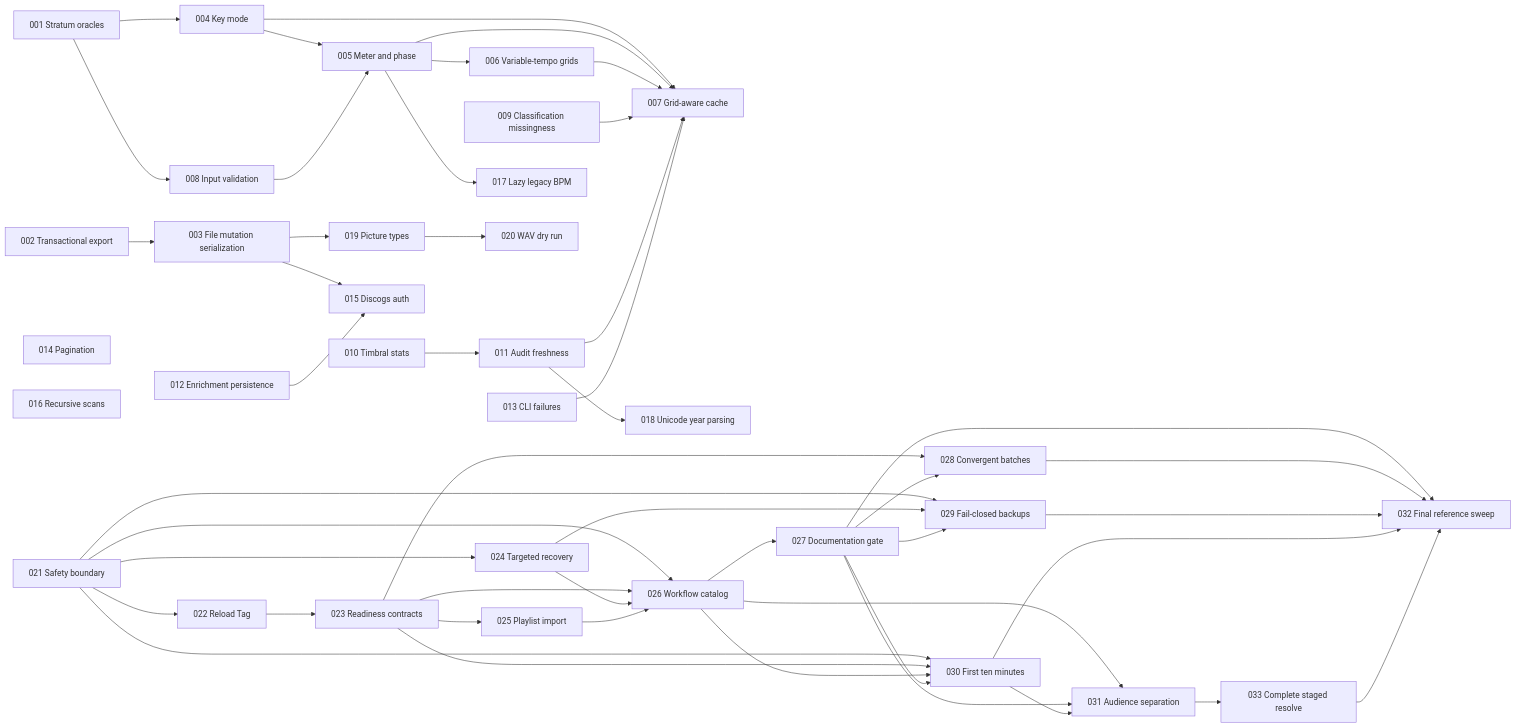
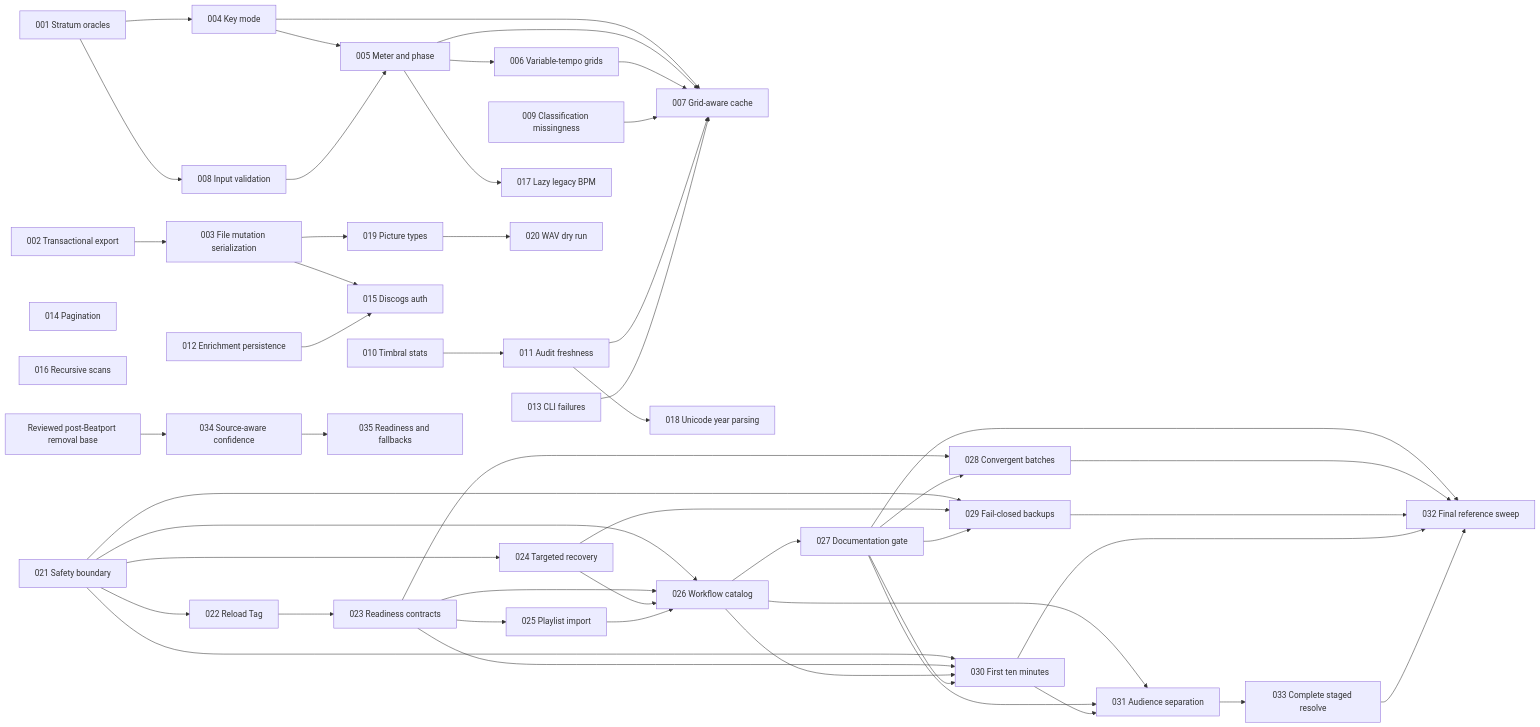
One commit to ryan-voitiskis/reklawdbox changed the diagram in plans/README.md. Above: the diagram before and after it, drawn with Mermaid. The commit also changed other lines of this file and 75 other files, not shown here.

````diff
--- a/plans/README.md
+++ b/plans/README.md
@@ -121,56 +150,59 @@
 ```mermaid
 flowchart LR
     P001["001 Stratum oracles"] --> P004["004 Key mode"]
     P004 --> P005["005 Meter and phase"]
     P008["008 Input validation"] --> P005
     P005 --> P006["006 Variable-tempo grids"]
     P004 --> P007["007 Grid-aware cache"]
     P005 --> P007
     P006 --> P007
     P009["009 Classification missingness"] --> P007
     P010["010 Timbral stats"] --> P011["011 Audit freshness"]
     P011 --> P007
     P013["013 CLI failures"] --> P007
 
     P001 --> P008
     P005 --> P017["017 Lazy legacy BPM"]
 
     P002["002 Transactional export"] --> P003["003 File mutation serialization"]
     P003 --> P019["019 Picture types"]
     P019 --> P020["020 WAV dry run"]
 
     P011 --> P018["018 Unicode year parsing"]
     P003 --> P015["015 Discogs auth"]
     P012["012 Enrichment persistence"] --> P015
 
     P014["014 Pagination"]
     P016["016 Recursive scans"]
 
     P021["021 Safety boundary"] --> P022["022 Reload Tag"]
     P021 --> P024["024 Targeted recovery"]
     P022 --> P023["023 Readiness contracts"]
     P023 --> P025["025 Playlist import"]
     P021 --> P026["026 Workflow catalog"]
     P023 --> P026
     P024 --> P026
     P025 --> P026
     P026 --> P027["027 Documentation gate"]
     P023 --> P028["028 Convergent batches"]
     P027 --> P028
     P021 --> P029["029 Fail-closed backups"]
     P024 --> P029
     P027 --> P029
     P021 --> P030["030 First ten minutes"]
     P023 --> P030
     P026 --> P030
     P027 --> P030
     P026 --> P031["031 Audience separation"]
     P027 --> P031
     P030 --> P031
     P027 --> P032["032 Final reference sweep"]
     P028 --> P032
     P029 --> P032
     P030 --> P032
     P031 --> P033["033 Complete staged resolve"]
     P033 --> P032
+
+    REMOVAL["Reviewed post-Beatport removal base"] --> P034["034 Source-aware confidence"]
+    P034 --> P035["035 Readiness and fallbacks"]
 ```
````
